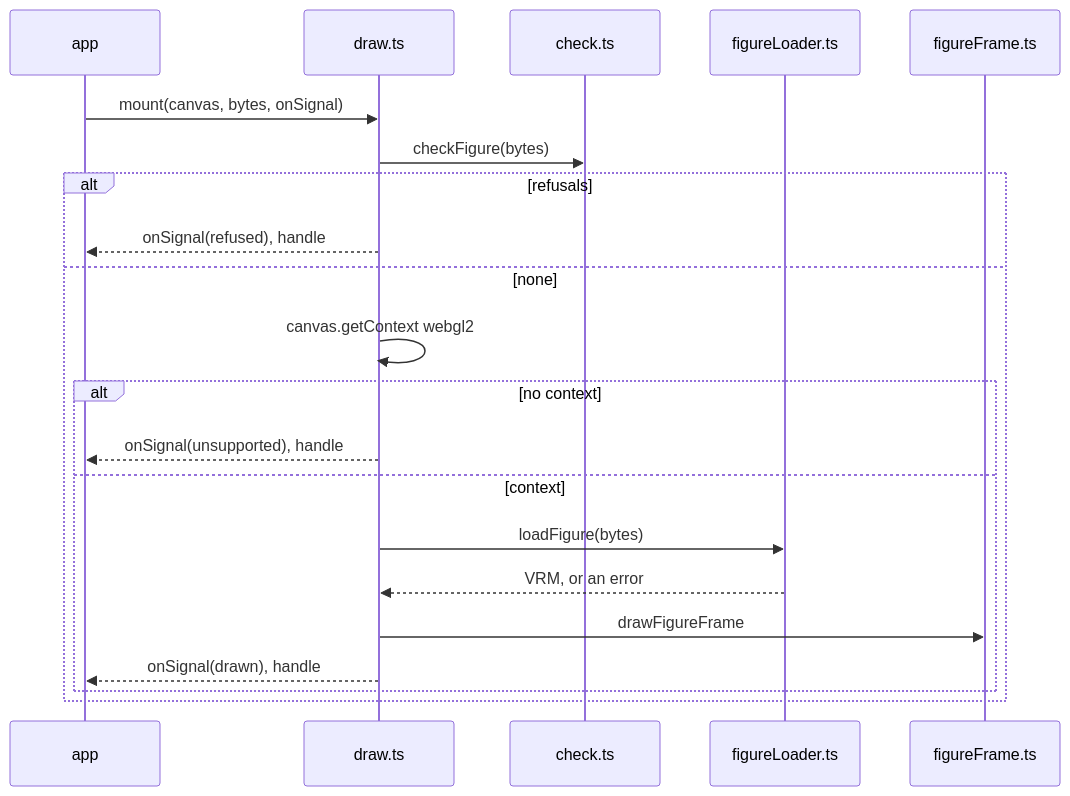
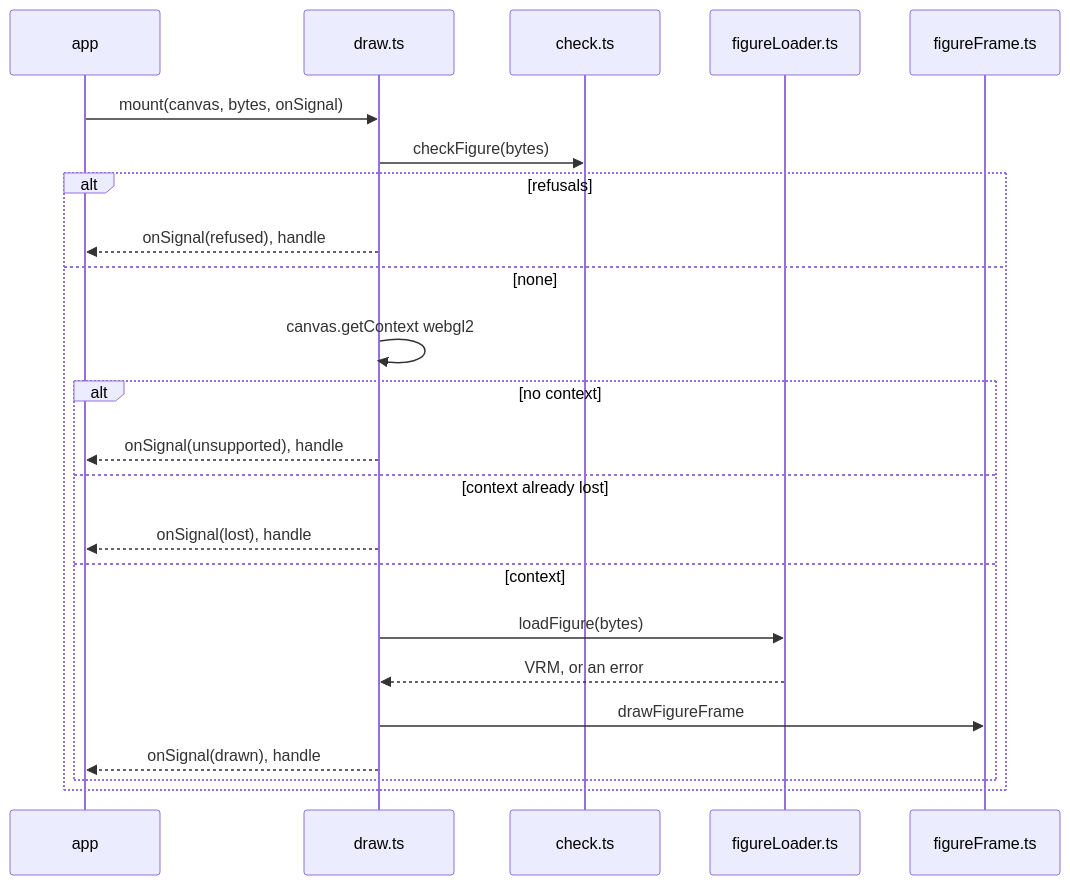
One commit to overnightworks/figure changed the fourth of 4 diagrams in docs/ARCHITECTURE.md. Above: the diagram before and after it, drawn with Mermaid. The commit also changed other lines of this file, not shown here.

Commit message:
Document the lost signal at the mount

````diff
--- a/docs/ARCHITECTURE.md
+++ b/docs/ARCHITECTURE.md
@@ -91,23 +91,25 @@
 ```mermaid
 sequenceDiagram
     participant A as app
     participant M as draw.ts
     participant K as check.ts
     participant L as figureLoader.ts
     participant F as figureFrame.ts
     A->>M: mount(canvas, bytes, onSignal)
     M->>K: checkFigure(bytes)
     alt refusals
         M-->>A: onSignal(refused), handle
     else none
         M->>M: canvas.getContext webgl2
         alt no context
             M-->>A: onSignal(unsupported), handle
+        else context already lost
+            M-->>A: onSignal(lost), handle
         else context
             M->>L: loadFigure(bytes)
             L-->>M: VRM, or an error
             M->>F: drawFigureFrame
             M-->>A: onSignal(drawn), handle
         end
     end
 ```
````
